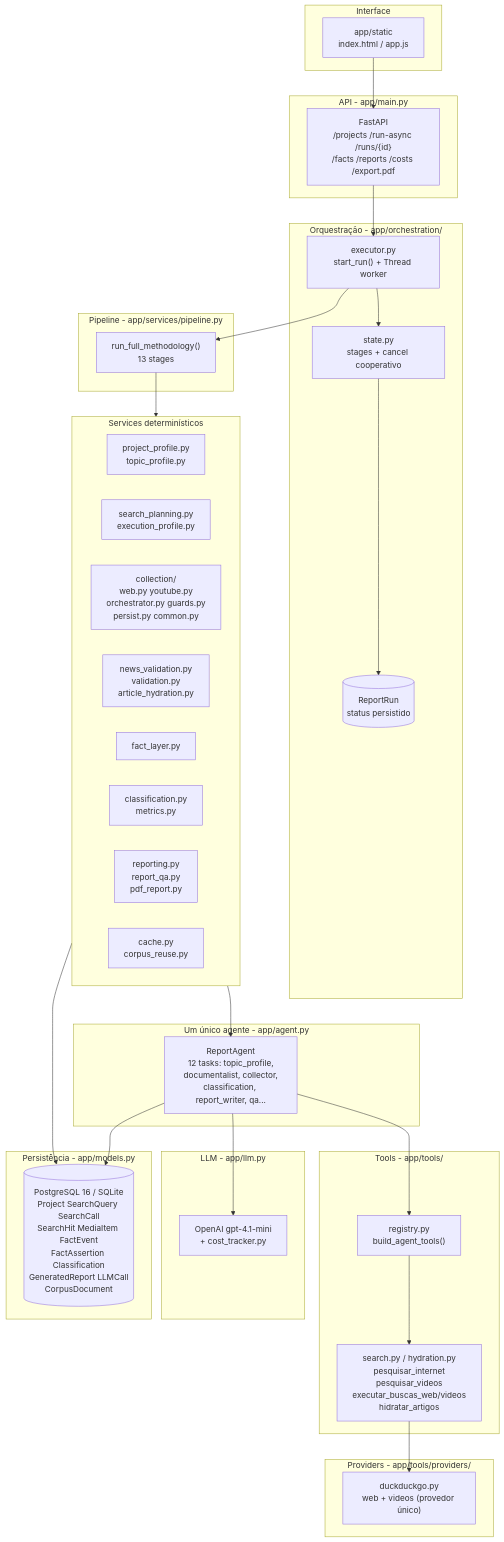
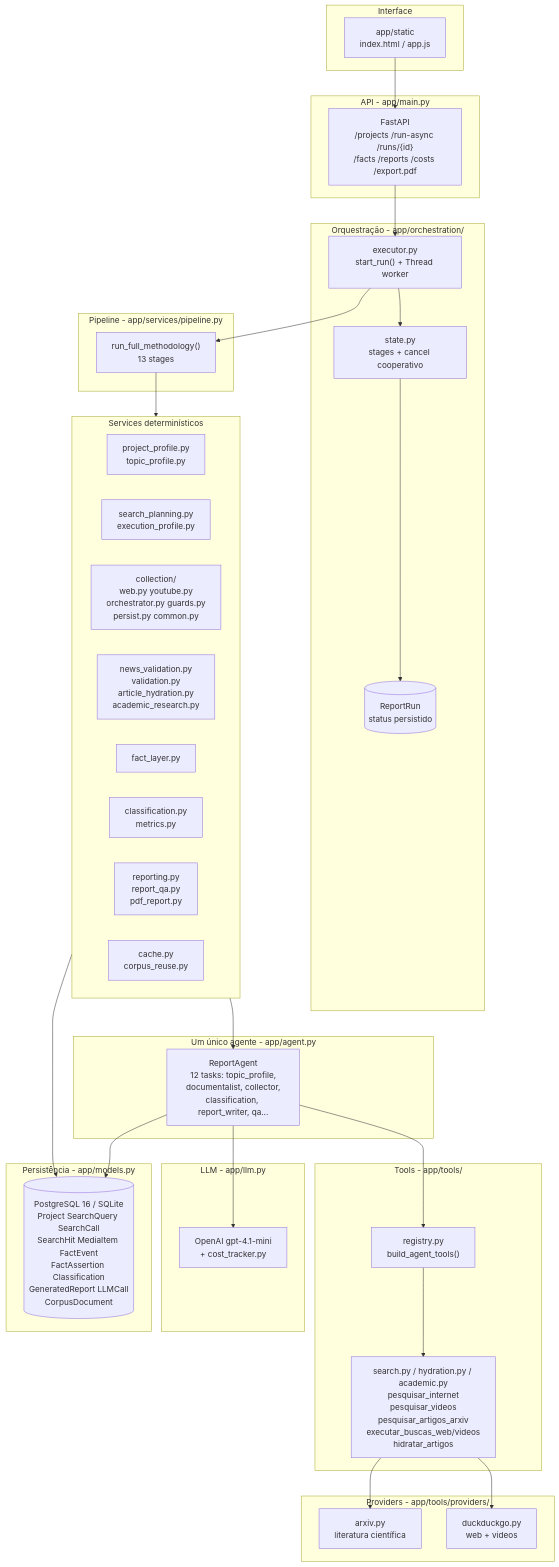
One commit to 0rakul0/relatorio-midiatico-isp changed the first of 4 diagrams in README.md. Above: the diagram before and after it, drawn with Mermaid. The commit also changed other lines of this file, not shown here.

Commit message:
docs: document arxiv literature stage

````diff
--- a/README.md
+++ b/README.md
@@ -104,66 +104,68 @@
 ```mermaid
 flowchart TB
     subgraph UI[Interface]
         Static["app/static<br/>index.html / app.js"]
     end
 
     subgraph API[API - app/main.py]
         FastAPI["FastAPI<br/>/projects /run-async /runs/{id}<br/>/facts /reports /costs /export.pdf"]
     end
 
     subgraph ORCH[Orquestração - app/orchestration/]
         Executor["executor.py<br/>start_run() + Thread worker"]
         State["state.py<br/>stages + cancel cooperativo"]
         ReportRunDB[("ReportRun<br/>status persistido")]
     end
 
     subgraph PIPE[Pipeline - app/services/pipeline.py]
         Pipeline["run_full_methodology()<br/>13 stages"]
     end
 
     subgraph SVC[Services determinísticos]
         Profile["project_profile.py<br/>topic_profile.py"]
         Plan["search_planning.py<br/>execution_profile.py"]
         Collect["collection/<br/>web.py youtube.py<br/>orchestrator.py guards.py<br/>persist.py common.py"]
-        Validate["news_validation.py<br/>validation.py<br/>article_hydration.py"]
+        Validate["news_validation.py<br/>validation.py<br/>article_hydration.py<br/>academic_research.py"]
         Facts["fact_layer.py"]
         Classify["classification.py<br/>metrics.py"]
         Write["reporting.py<br/>report_qa.py<br/>pdf_report.py"]
         Cache["cache.py<br/>corpus_reuse.py"]
     end
 
     subgraph AGENT[Um único agente - app/agent.py]
         ReportAgent["ReportAgent<br/>12 tasks: topic_profile,<br/>documentalist, collector,<br/>classification, report_writer, qa..."]
     end
 
     subgraph TOOLS[Tools - app/tools/]
         Registry["registry.py<br/>build_agent_tools()"]
-        SearchTools["search.py / hydration.py<br/>pesquisar_internet<br/>pesquisar_videos<br/>executar_buscas_web/videos<br/>hidratar_artigos"]
+        SearchTools["search.py / hydration.py / academic.py<br/>pesquisar_internet<br/>pesquisar_videos<br/>pesquisar_artigos_arxiv<br/>executar_buscas_web/videos<br/>hidratar_artigos"]
     end
 
     subgraph PROV[Providers - app/tools/providers/]
-        DDG["duckduckgo.py<br/>web + videos (provedor único)"]
+        DDG["duckduckgo.py<br/>web + videos"]
+        ARXIV["arxiv.py<br/>literatura científica"]
     end
 
     subgraph DATA[Persistência - app/models.py]
         DB[("PostgreSQL 16 / SQLite<br/>Project SearchQuery SearchCall<br/>SearchHit MediaItem FactEvent<br/>FactAssertion Classification<br/>GeneratedReport LLMCall<br/>CorpusDocument")]
     end
 
     subgraph LLM[LLM - app/llm.py]
         OpenAI["OpenAI gpt-4.1-mini<br/>+ cost_tracker.py"]
     end
 
     Static --> FastAPI
     FastAPI --> Executor
     Executor --> State
     State --> ReportRunDB
     Executor --> Pipeline
     Pipeline --> SVC
     SVC --> ReportAgent
     ReportAgent --> Registry
     Registry --> SearchTools
     SearchTools --> DDG
+    SearchTools --> ARXIV
     SVC --> DB
     ReportAgent --> OpenAI
     ReportAgent --> DB
 ```
````
